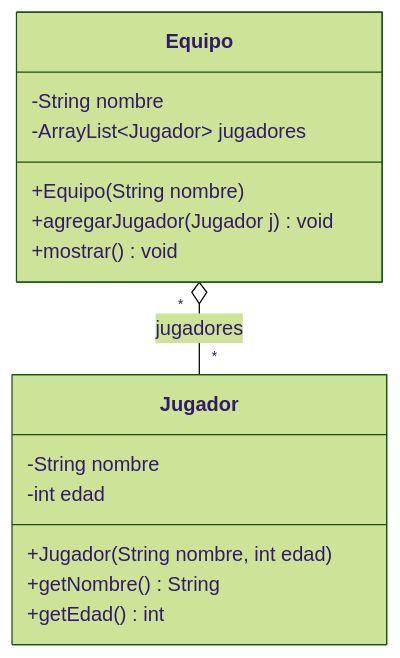
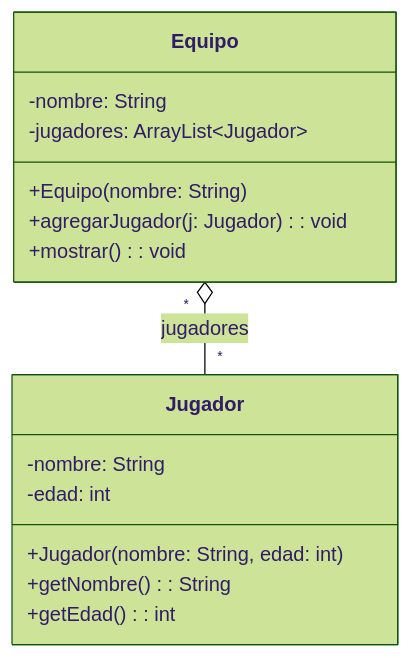
One commit to CursosProgramacionEP/USIL_SEMANA10 changed the second of 11 diagrams in README.md. Above: the diagram before and after it, drawn with Mermaid (forest theme). The commit also changed other lines of this file and 1 other file, not shown here.

First line of the commit message:
Diagramas UML en notacion estandar (nombre: Tipo) en README y PRACTICAS_CLASE

````diff
--- a/README.md
+++ b/README.md
@@ -85,18 +85,18 @@
 ```mermaid
 classDiagram
     class Equipo {
-        -String nombre
-        -ArrayList~Jugador~ jugadores
-        +Equipo(String nombre)
-        +agregarJugador(Jugador j) void
-        +mostrar() void
+        -nombre: String
+        -jugadores: ArrayList~Jugador~
+        +Equipo(nombre: String)
+        +agregarJugador(j: Jugador) : void
+        +mostrar() : void
     }
     class Jugador {
-        -String nombre
-        -int edad
-        +Jugador(String nombre, int edad)
-        +getNombre() String
-        +getEdad() int
+        -nombre: String
+        -edad: int
+        +Jugador(nombre: String, edad: int)
+        +getNombre() : String
+        +getEdad() : int
     }
     Equipo "*" o-- "*" Jugador : jugadores
 ```
````
